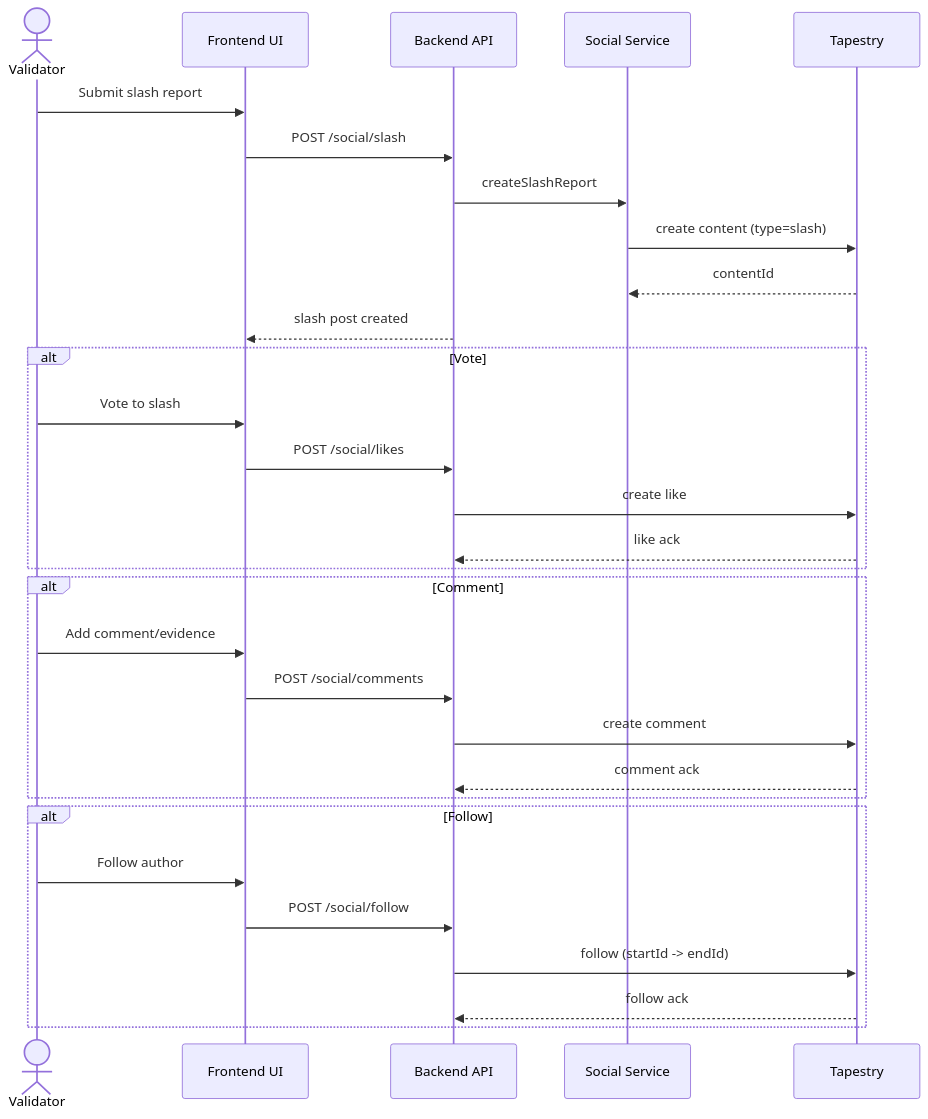
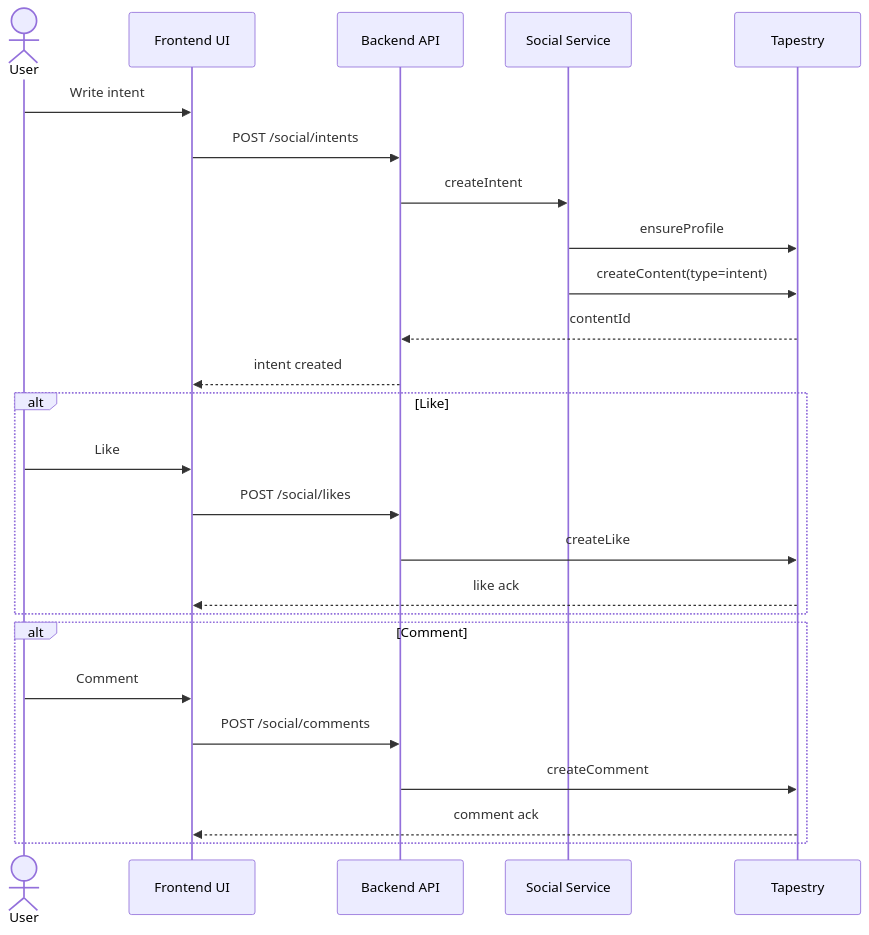
The third of 6 diagrams in documents/Sequence_Diagrams.md (heemankv/sigints.club), drawn with Mermaid before and after one commit. The commit also changed other lines of this file and 6 other files, not shown here.

````diff
--- a/documents/Sequence_Diagrams.md
+++ b/documents/Sequence_Diagrams.md
@@ -111,36 +71,30 @@
 ```mermaid
 sequenceDiagram
-  actor Validator
+  actor User
   participant UI as Frontend UI
   participant API as Backend API
   participant Social as Social Service
   participant Tapestry
 
-  Validator->>UI: Submit slash report
-  UI->>API: POST /social/slash
-  API->>Social: createSlashReport
-  Social->>Tapestry: create content (type=slash)
-  Tapestry-->>Social: contentId
-  API-->>UI: slash post created
+  User->>UI: Write intent
+  UI->>API: POST /social/intents
+  API->>Social: createIntent
+  Social->>Tapestry: ensureProfile
+  Social->>Tapestry: createContent(type=intent)
+  Tapestry-->>API: contentId
+  API-->>UI: intent created
 
-  alt Vote
-    Validator->>UI: Vote to slash
+  alt Like
+    User->>UI: Like
     UI->>API: POST /social/likes
-    API->>Tapestry: create like
-    Tapestry-->>API: like ack
+    API->>Tapestry: createLike
+    Tapestry-->>UI: like ack
   end
 
   alt Comment
-    Validator->>UI: Add comment/evidence
+    User->>UI: Comment
     UI->>API: POST /social/comments
-    API->>Tapestry: create comment
-    Tapestry-->>API: comment ack
-  end
-
-  alt Follow
-    Validator->>UI: Follow author
-    UI->>API: POST /social/follow
-    API->>Tapestry: follow (startId -> endId)
-    Tapestry-->>API: follow ack
+    API->>Tapestry: createComment
+    Tapestry-->>UI: comment ack
   end
 ```
````
